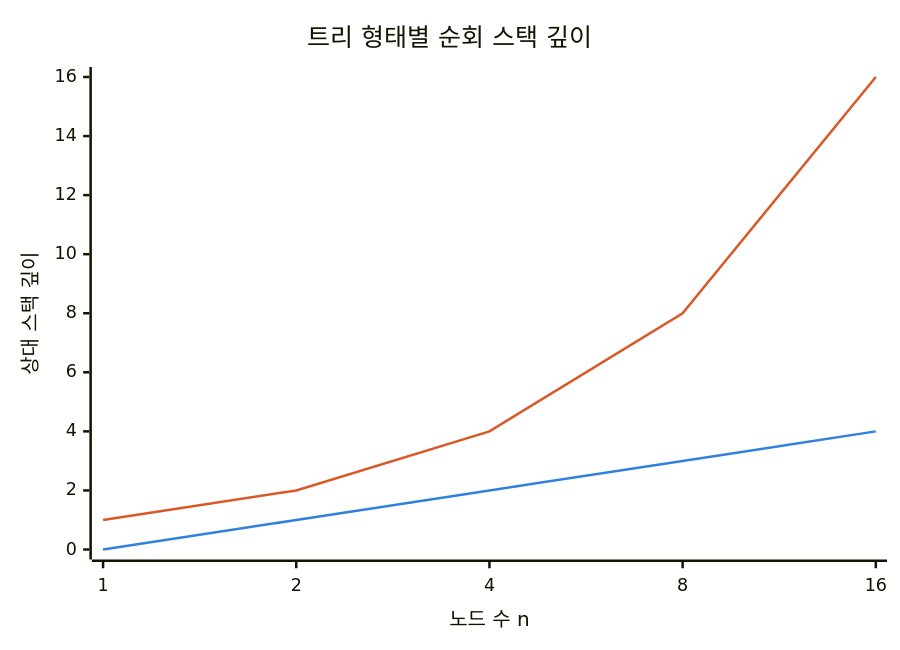
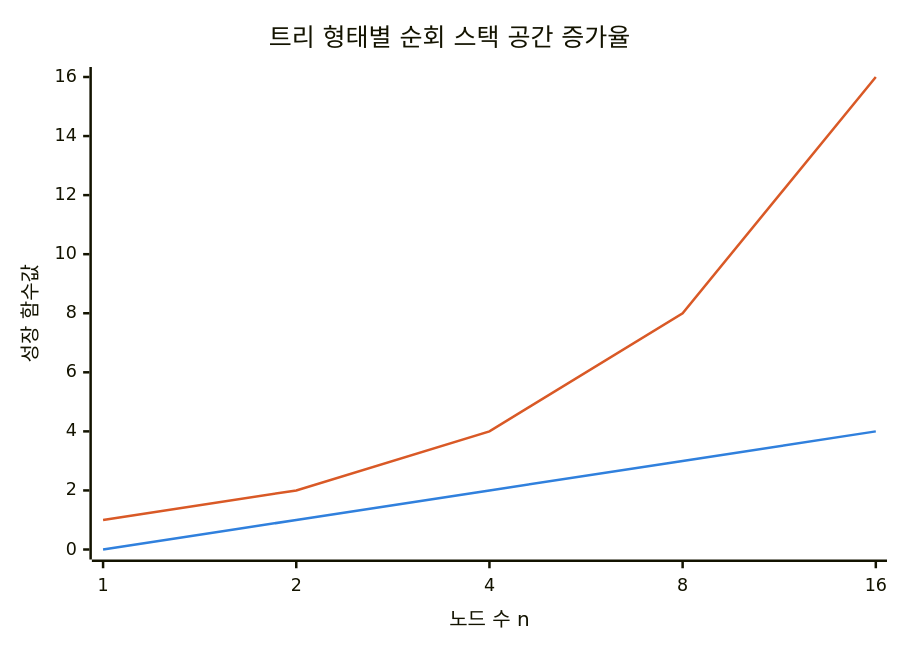
One commit to agnusdei1207/knowledge-base changed the first of 3 diagrams in src/content/docs/notes/01-basic-theory/009_binary_tree_traversal.md. Above: the diagram before and after it, drawn with Mermaid. The commit also changed other lines of this file and 13 other files, not shown here.

````diff
--- a/src/content/docs/notes/01-basic-theory/009_binary_tree_traversal.md
+++ b/src/content/docs/notes/01-basic-theory/009_binary_tree_traversal.md
@@ -58,9 +58,9 @@
 ```mermaid
 %%{init: {"themeVariables": {"xyChart": {"plotColorPalette": "#3080dd, #d95926"}}} }%%
 xychart-beta
-    title "트리 형태별 순회 스택 깊이"
+    title "트리 형태별 순회 스택 공간 증가율"
     x-axis "노드 수 n" [1, 2, 4, 8, 16]
-    y-axis "상대 스택 깊이" 0 --> 16
+    y-axis "성장 함수값" 0 --> 16
     line [0, 1, 2, 3, 4]
     line [1, 2, 4, 8, 16]
 ```
````
